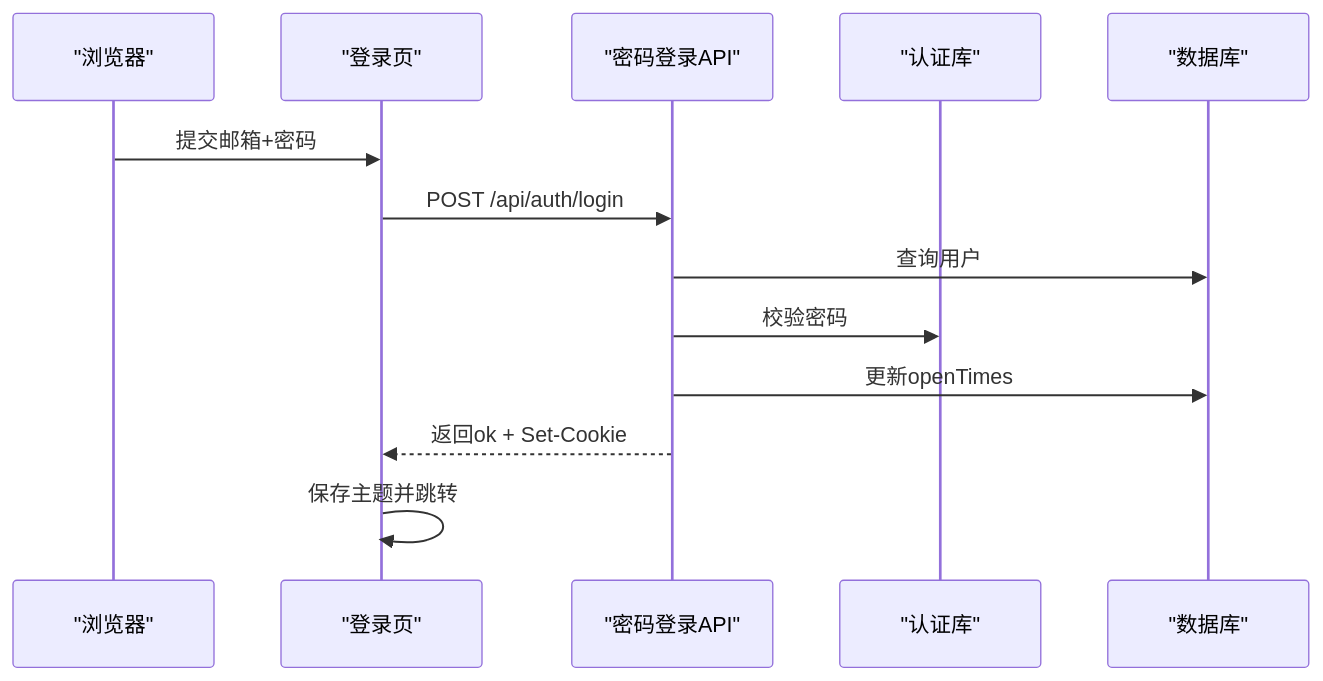
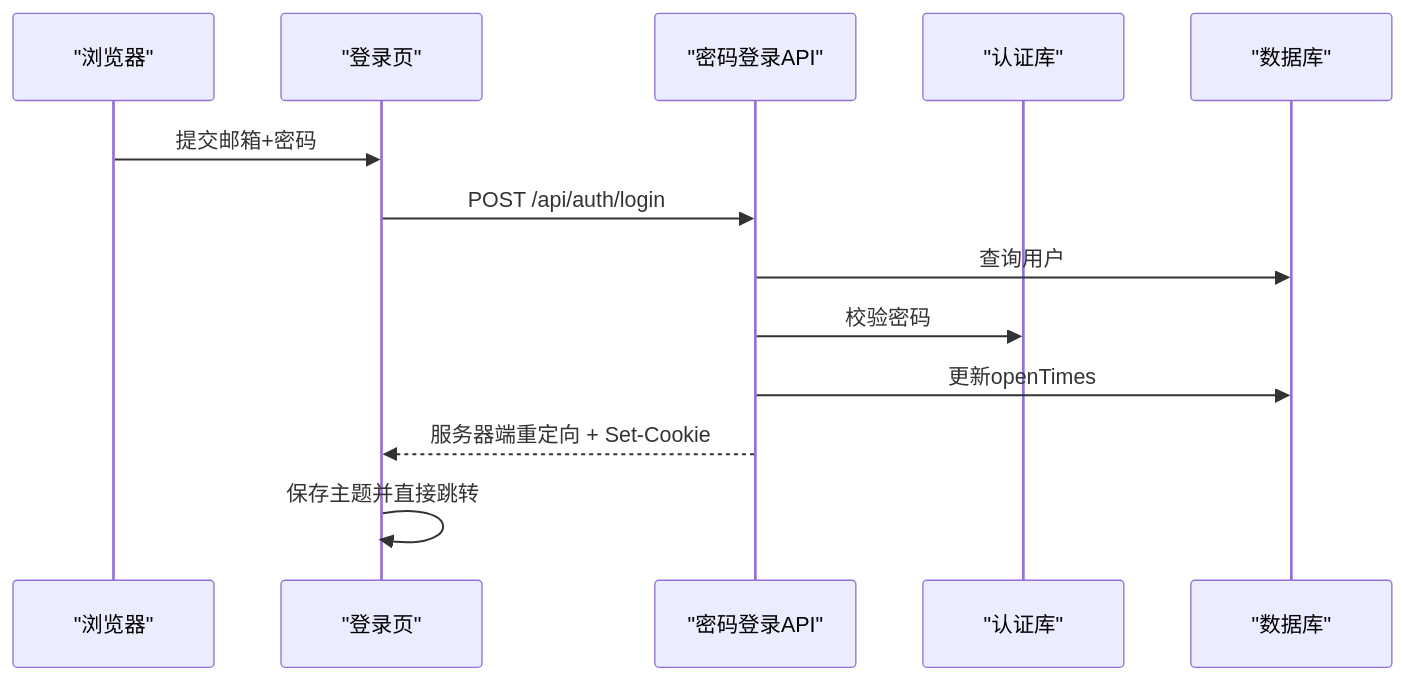
The eighth of 10 diagrams in .qoder/repowiki/zh/content/用户认证系统/登录页面调试功能.md (kangkang919/xinya), drawn with Mermaid before and after one commit. The commit also changed other lines of this file and 37 other files, not shown here.

````diff
--- a/.qoder/repowiki/zh/content/用户认证系统/登录页面调试功能.md
+++ b/.qoder/repowiki/zh/content/用户认证系统/登录页面调试功能.md
@@ -440,15 +497,15 @@
 ```mermaid
 sequenceDiagram
 participant B as "浏览器"
 participant F as "登录页"
 participant A as "密码登录API"
 participant C as "认证库"
 participant D as "数据库"
 B->>F : 提交邮箱+密码
 F->>A : POST /api/auth/login
 A->>D : 查询用户
 A->>C : 校验密码
 A->>D : 更新openTimes
-A-->>F : 返回ok + Set-Cookie
-F->>F : 保存主题并跳转
+A-->>F : 服务器端重定向 + Set-Cookie
+F->>F : 保存主题并直接跳转
 ```
````
